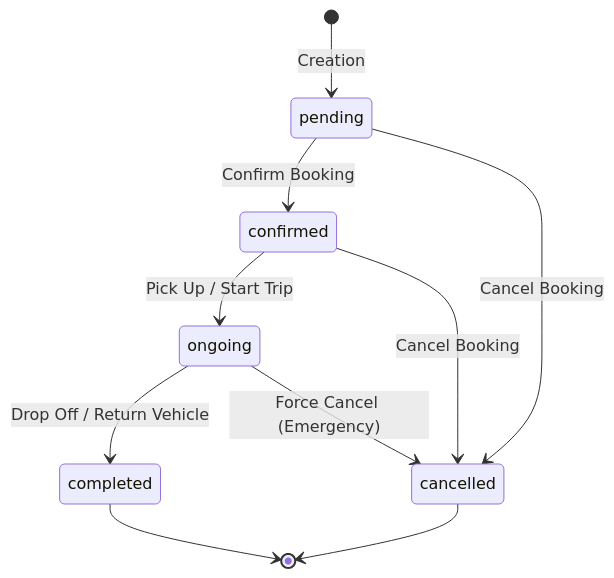
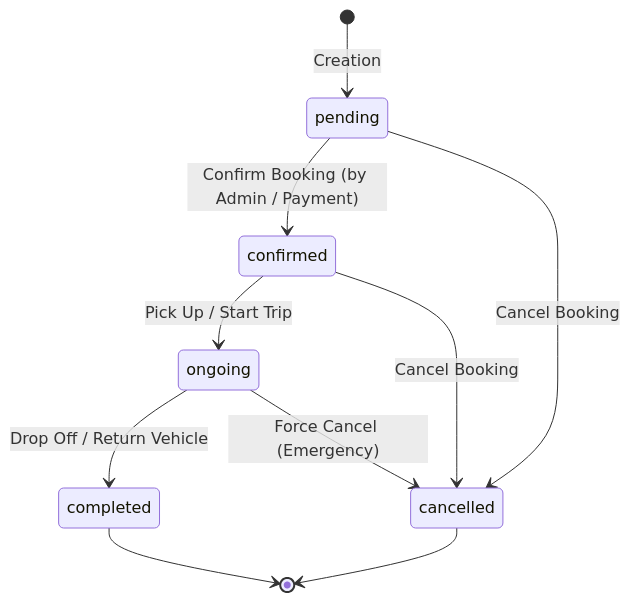
The diagram in api-bookings-docs.md (MehadiReaz/jkworlds-app), drawn with Mermaid before and after one commit. The commit also changed other lines of this file and 29 other files, not shown here.

````diff
--- a/api-bookings-docs.md
+++ b/api-bookings-docs.md
@@ -36,12 +45,12 @@
 ```mermaid
 stateDiagram-v2
     [*] --> pending : Creation
-    pending --> confirmed : Confirm Booking
+    pending --> confirmed : Confirm Booking (by Admin / Payment)
     pending --> cancelled : Cancel Booking
     confirmed --> ongoing : Pick Up / Start Trip
     confirmed --> cancelled : Cancel Booking
     ongoing --> completed : Drop Off / Return Vehicle
     ongoing --> cancelled : Force Cancel (Emergency)
     completed --> [*]
     cancelled --> [*]
 ```
````
